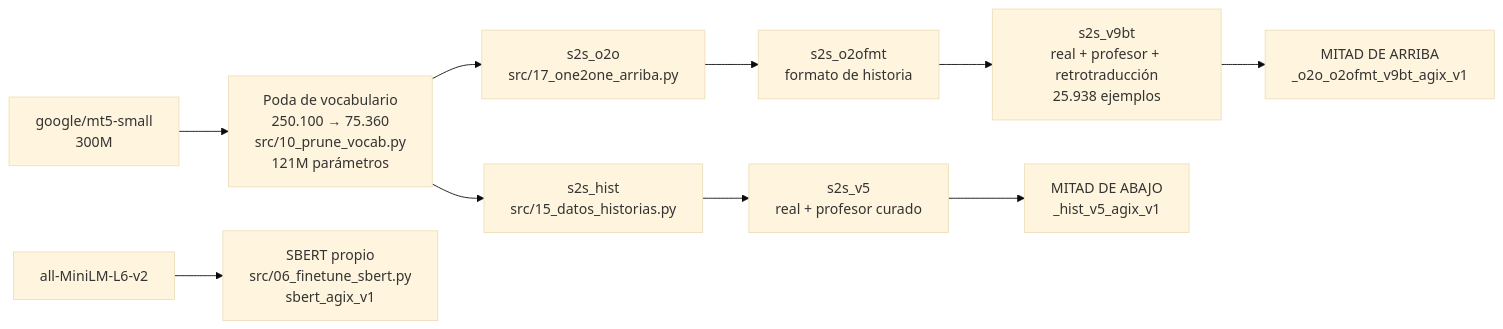
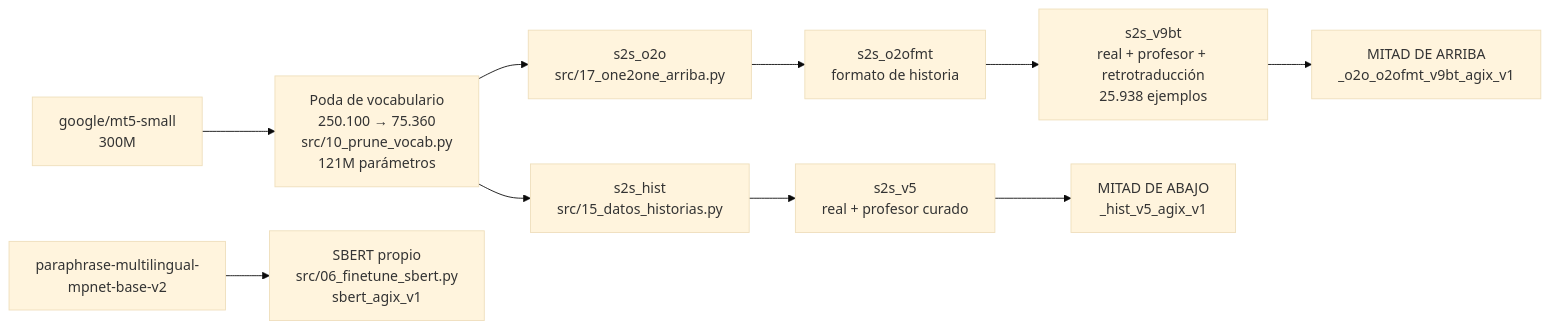
Before and after one commit to DTomasVr/Estimacion-progresiva-backlog: the sixth of 15 diagrams in estimador/DISENO_PIPELINE.md, drawn with Mermaid (base theme). The commit also changed other lines of this file and 10 other files, not shown here.

````diff
--- a/estimador/DISENO_PIPELINE.md
+++ b/estimador/DISENO_PIPELINE.md
@@ -540,12 +545,12 @@
 ```mermaid
 flowchart LR
     M0["google/mt5-small<br/>300M"] --> M1["Poda de vocabulario<br/>250.100 → 75.360<br/>src/10_prune_vocab.py<br/>121M parámetros"]
     M1 --> UA["s2s_o2o<br/>src/17_one2one_arriba.py"]
     UA --> UB["s2s_o2ofmt<br/>formato de historia"]
     UB --> UC["s2s_v9bt<br/>real + profesor + retrotraducción<br/>25.938 ejemplos"]
     UC --> UD["MITAD DE ARRIBA<br/>_o2o_o2ofmt_v9bt_agix_v1"]
     M1 --> LA["s2s_hist<br/>src/15_datos_historias.py"]
     LA --> LB["s2s_v5<br/>real + profesor curado"]
     LB --> LC["MITAD DE ABAJO<br/>_hist_v5_agix_v1"]
-    S0["all-MiniLM-L6-v2"] --> S1["SBERT propio<br/>src/06_finetune_sbert.py<br/>sbert_agix_v1"]
+    S0["paraphrase-multilingual-<br/>mpnet-base-v2"] --> S1["SBERT propio<br/>src/06_finetune_sbert.py<br/>sbert_agix_v1"]
 ```
````
